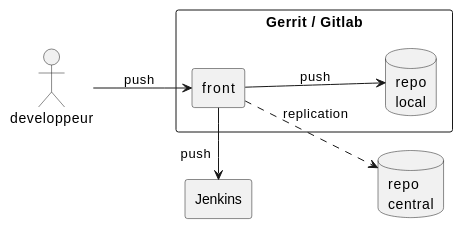
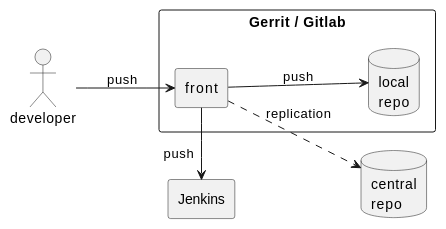
One commit to Zenika/adoc-presentation-model changed the second of 6 diagrams in src/docs/asciidoc/reveal-my-asciidoc.adoc. Above: the diagram before and after it, drawn with PlantUML. The commit also changed other lines of this file and 108 other files, not shown here.

```diff
--- a/src/docs/asciidoc/reveal-my-asciidoc.adoc
+++ b/src/docs/asciidoc/reveal-my-asciidoc.adoc
@@ -88,18 +108,18 @@
-[plantuml, rma-use-case-diagram, svg, height=500]
+[plantuml, rma-use-case-diagram, svg]
 ....
 left to right direction
 
-actor developpeur
-database repo as "repo\ncentral"
+actor developer
+database repo as "central\nrepo"
 agent jenkins as "Jenkins"
 
 rectangle admin as "Gerrit / Gitlab" {
     agent ui as "front"
-    database repo_local as "repo\nlocal"
+    database repo_local as "local\nrepo"
 }
 
-developpeur --> ui : push
+developer --> ui : push
 ui --> repo_local : push
 ui -left-> jenkins: "\npush "
 ui ..> repo : replication
 ....
```
